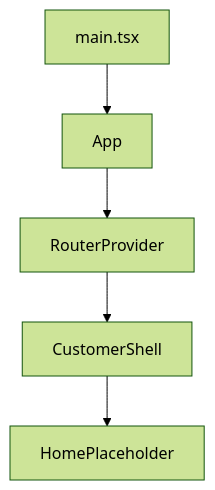
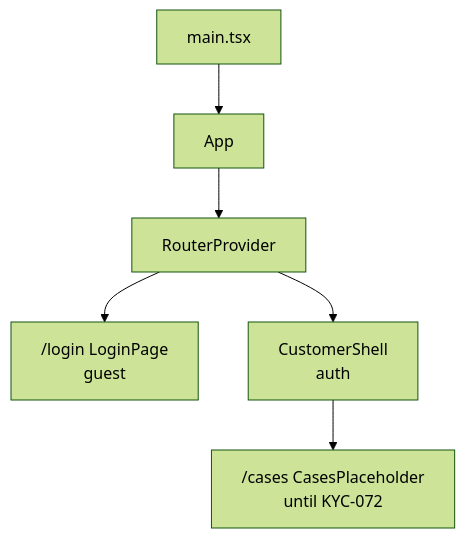
Before and after one commit to SDS37/kyc-multi-frontend: the diagram in apps/react-customer/README.md, drawn with Mermaid (forest theme). The commit also changed other lines of this file and 23 other files, not shown here.

First line of the commit message:
feat(react): KYC-071 customer login (#100)

````diff
--- a/apps/react-customer/README.md
+++ b/apps/react-customer/README.md
@@ -54,7 +43,8 @@
 ```mermaid
 flowchart TB
   Main["main.tsx"] --> App["App"]
   App --> Router["RouterProvider"]
-  Router --> Shell["CustomerShell"]
-  Shell --> Home["HomePlaceholder"]
+  Router --> Login["/login LoginPage<br/>guest"]
+  Router --> Shell["CustomerShell<br/>auth"]
+  Shell --> Cases["/cases CasesPlaceholder<br/>until KYC-072"]
 ```
````
